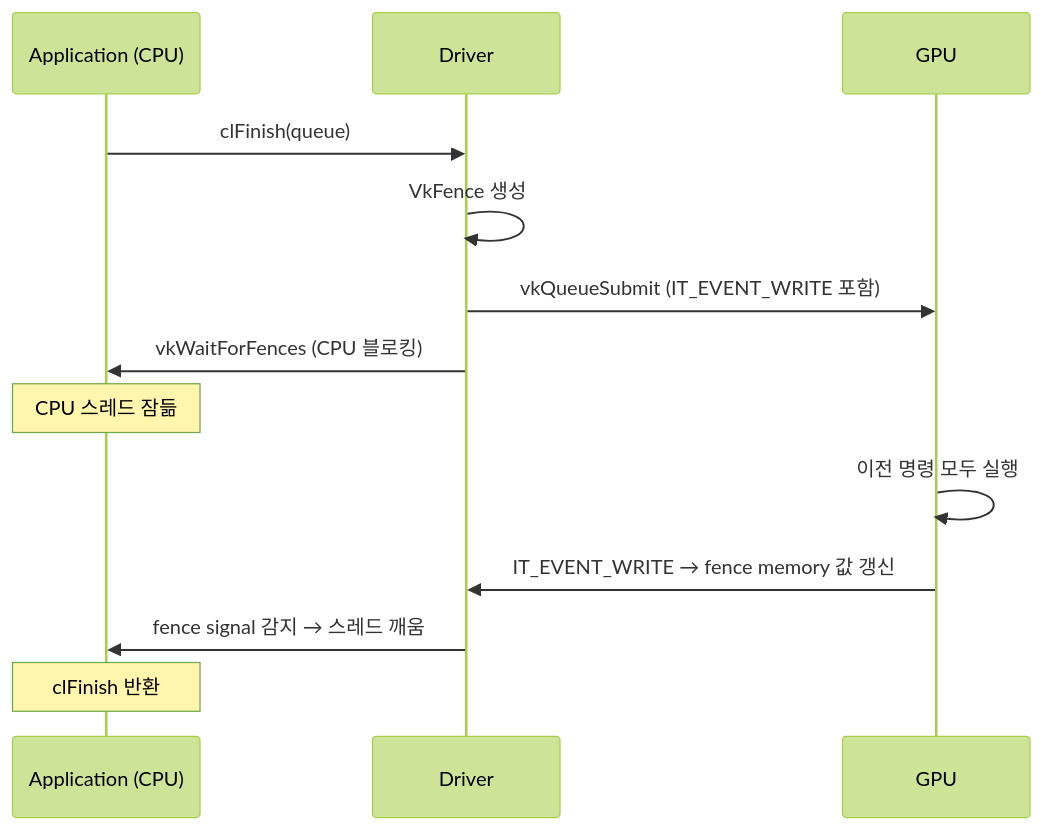
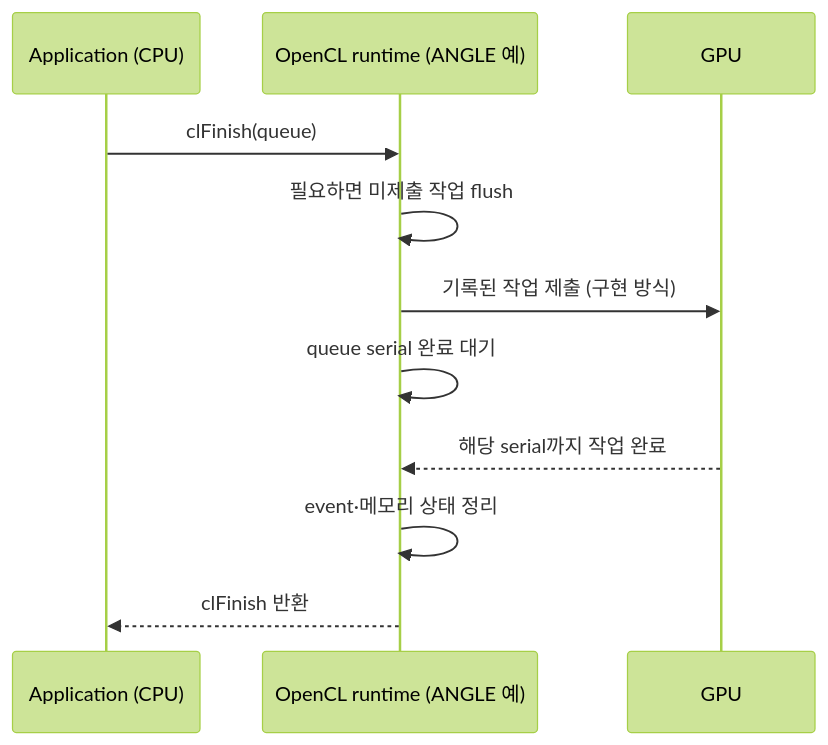
One commit to jayinlab/jayinlab.github.io changed the diagram in content/posts/2026-04-13-clfinish-internals.md. Above: the diagram before and after it, drawn with Mermaid (forest theme). The commit also changed other lines of this file and 1 other file, not shown here.

Commit message:
Correct clFinish synchronization and PM4 explanation

````diff
--- a/content/posts/2026-04-13-clfinish-internals.md
+++ b/content/posts/2026-04-13-clfinish-internals.md
@@ -55,15 +33,13 @@
 ```mermaid
 sequenceDiagram
     participant App as Application (CPU)
-    participant Driver as Driver
+    participant CL as OpenCL runtime (ANGLE 예)
     participant GPU
-    App->>Driver: clFinish(queue)
-    Driver->>Driver: VkFence 생성
-    Driver->>GPU: vkQueueSubmit (IT_EVENT_WRITE 포함)
-    Driver->>App: vkWaitForFences (CPU 블로킹)
-    Note over App: CPU 스레드 잠듦
-    GPU->>GPU: 이전 명령 모두 실행
-    GPU->>Driver: IT_EVENT_WRITE → fence memory 값 갱신
-    Driver->>App: fence signal 감지 → 스레드 깨움
-    Note over App: clFinish 반환
+    App->>CL: clFinish(queue)
+    CL->>CL: 필요하면 미제출 작업 flush
+    CL->>GPU: 기록된 작업 제출 (구현 방식)
+    CL->>CL: queue serial 완료 대기
+    GPU-->>CL: 해당 serial까지 작업 완료
+    CL->>CL: event·메모리 상태 정리
+    CL-->>App: clFinish 반환
 ```
````
